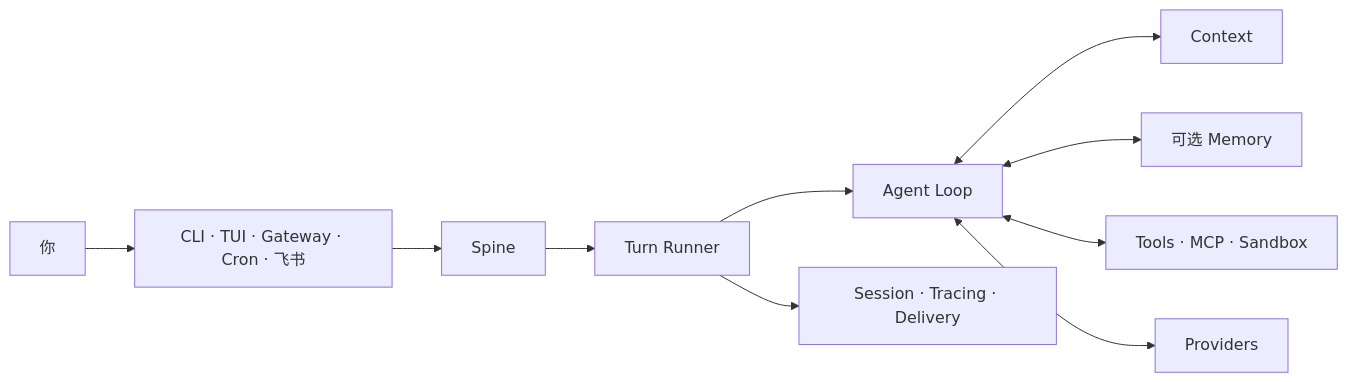
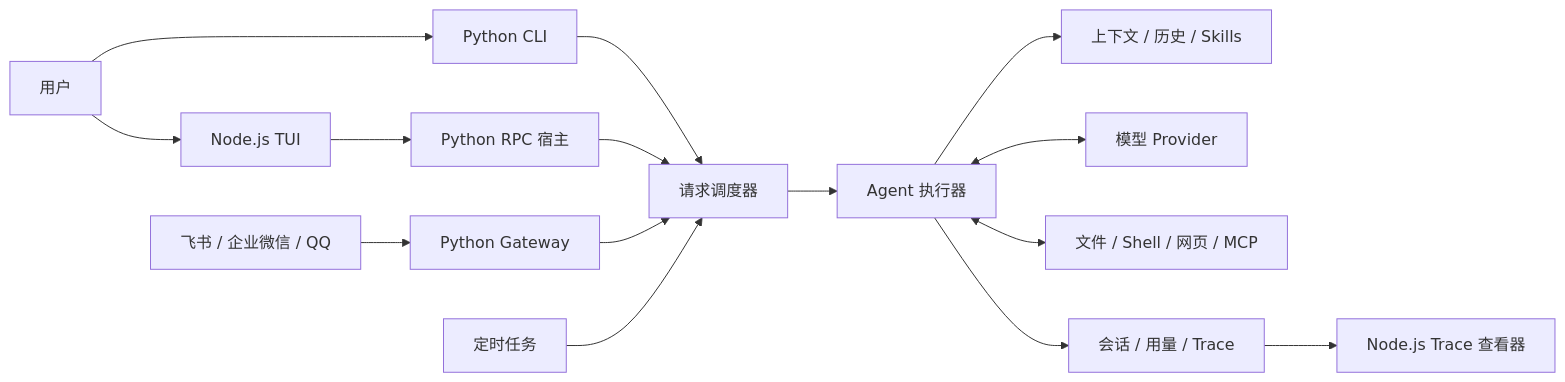
One commit to yangaobo0235/pico-harness changed the diagram in README.md. Above: the diagram before and after it, drawn with Mermaid. The commit also changed other lines of this file and 1749 other files, not shown here.

````diff
--- a/README.md
+++ b/README.md
@@ -28,12 +25,17 @@
 ```mermaid
 flowchart LR
-    U["你"] --> H["CLI · TUI · Gateway · Cron · 飞书"]
-    H --> S["Spine"]
-    S --> T["Turn Runner"]
-    T --> A["Agent Loop"]
-    A <--> C["Context"]
-    A <--> M["可选 Memory"]
-    A <--> X["Tools · MCP · Sandbox"]
-    A <--> P["Providers"]
-    T --> E["Session · Tracing · Delivery"]
+    User["用户"] --> CLI["Python CLI"]
+    User --> TUI["Node.js TUI"]
+    TUI --> RPC["Python RPC 宿主"]
+    Channel["飞书 / 企业微信 / QQ"] --> Gateway["Python Gateway"]
+    CLI --> Scheduler["请求调度器"]
+    RPC --> Scheduler
+    Gateway --> Scheduler
+    Cron["定时任务"] --> Scheduler
+    Scheduler --> Agent["Agent 执行器"]
+    Agent --> Context["上下文 / 历史 / Skills"]
+    Agent <--> Model["模型 Provider"]
+    Agent <--> Tools["文件 / Shell / 网页 / MCP"]
+    Agent --> State["会话 / 用量 / Trace"]
+    State --> Viewer["Node.js Trace 查看器"]
 ```
````
